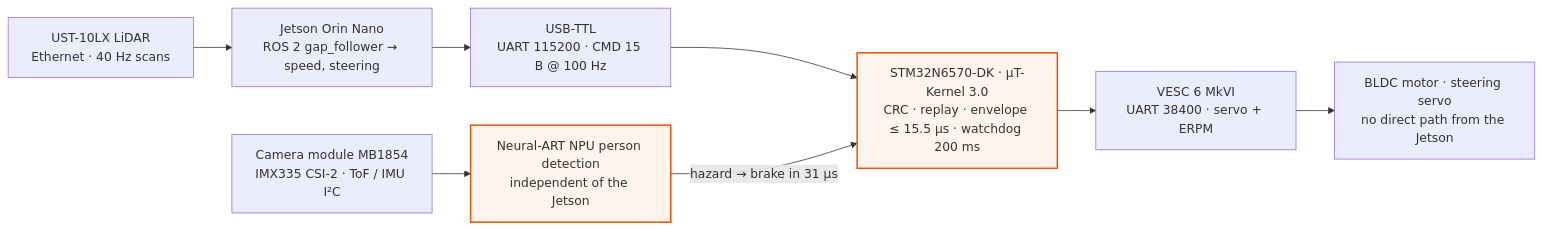
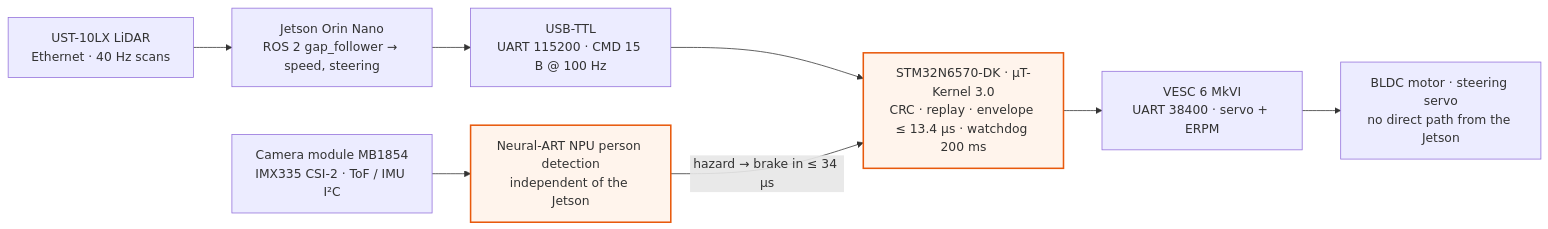
Before and after one commit to gkgk0119gmail-arch/guardian-tron: the first of 2 diagrams in README.md, drawn with Mermaid. The commit also changed other lines of this file and 6 other files, not shown here.

````diff
--- a/README.md
+++ b/README.md
@@ -150,12 +160,12 @@
 ```mermaid
 flowchart LR
   L["UST-10LX LiDAR<br/>Ethernet · 40 Hz scans"] --> J["Jetson Orin Nano<br/>ROS 2 gap_follower → speed, steering"]
   J --> U["USB-TTL<br/>UART 115200 · CMD 15 B @ 100 Hz"]
-  U --> S["STM32N6570-DK · μT-Kernel 3.0<br/>CRC · replay · envelope ≤ 15.5 µs · watchdog 200 ms"]
+  U --> S["STM32N6570-DK · μT-Kernel 3.0<br/>CRC · replay · envelope ≤ 13.4 µs · watchdog 200 ms"]
   C["Camera module MB1854<br/>IMX335 CSI-2 · ToF / IMU I²C"] --> N["Neural-ART NPU person detection<br/>independent of the Jetson"]
-  N -- "hazard → brake in 31 µs" --> S
+  N -- "hazard → brake in ≤ 34 µs" --> S
   S --> V["VESC 6 MkVI<br/>UART 38400 · servo + ERPM"]
   V --> M["BLDC motor · steering servo<br/>no direct path from the Jetson"]
   style S fill:#fff4ec,stroke:#e8590c,stroke-width:2px
   style N fill:#fff4ec,stroke:#e8590c,stroke-width:2px
 ```
````
